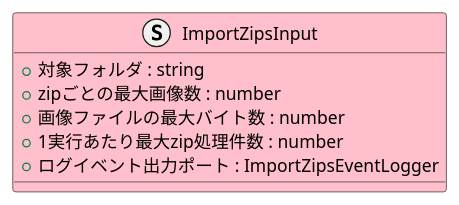
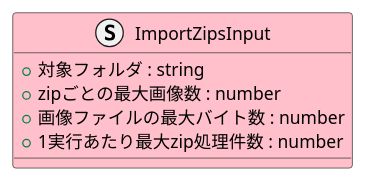
The first of 2 diagrams in doc/4_application/media/command/ImportZipsService/readme.md (hachimitu22/MangaViewer), drawn with PlantUML before and after one commit. The commit also changed other lines of this file and 3 other files, not shown here.

First line of the commit message:
docs: ImportZipsServiceのログ責務をCLI側へ統一する

````diff
--- a/doc/4_application/media/command/ImportZipsService/readme.md
+++ b/doc/4_application/media/command/ImportZipsService/readme.md
@@ -18,11 +18,10 @@
 ```plantuml
 left to right direction
 
 struct ImportZipsInput #pink {
     + 対象フォルダ : string
     + zipごとの最大画像数 : number
     + 画像ファイルの最大バイト数 : number
     + 1実行あたり最大zip処理件数 : number
-    + ログイベント出力ポート : ImportZipsEventLogger
 }
 ```
````
